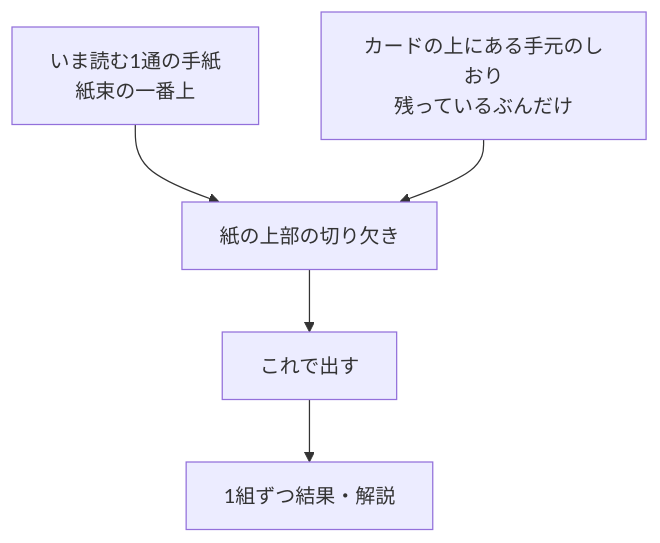
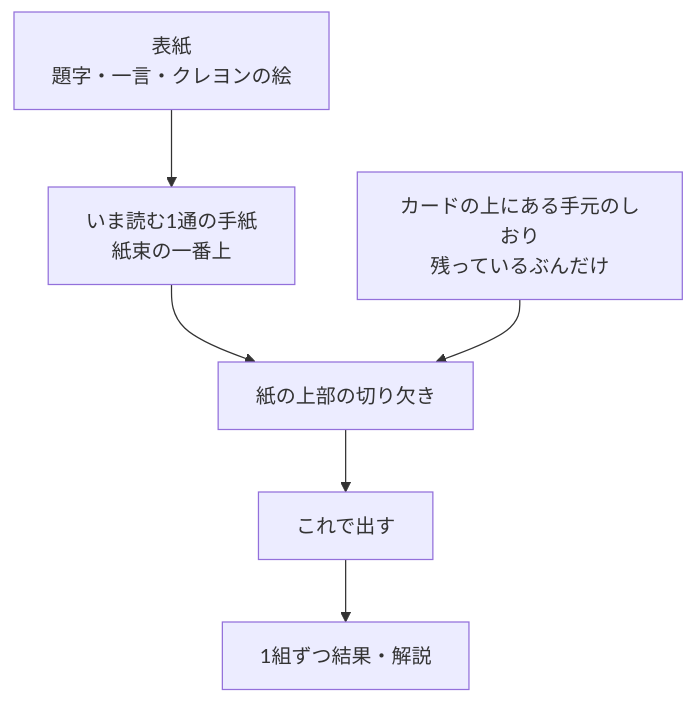
Before and after one commit to Digix00/58-Hackathon-202609: the diagram in docs/requirements/screens/quiz.md, drawn with Mermaid. The commit also changed other lines of this file and 18 other files, not shown here.

````diff
--- a/docs/requirements/screens/quiz.md
+++ b/docs/requirements/screens/quiz.md
@@ -13,12 +13,14 @@
 ```mermaid
 flowchart TB
+  Cover["表紙<br/>題字・一言・クレヨンの絵"]
   Letter["いま読む1通の手紙<br/>紙束の一番上"]
   Slot["紙の上部の切り欠き"]
   Tray["カードの上にある手元のしおり<br/>残っているぶんだけ"]
   Send["これで出す"]
   Result["1組ずつ結果・解説"]
 
+  Cover --> Letter
   Letter --> Slot
   Tray --> Slot
   Slot --> Send --> Result
 ```
````
